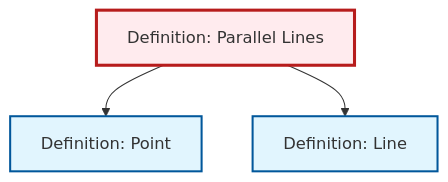
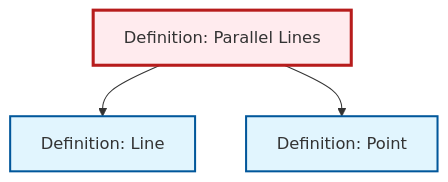
One commit to RK0429/ModernMath changed the diagram in content/en/geometry/def-parallel.qmd. Above: the diagram before and after it, drawn with Mermaid. The commit also changed other lines of this file and 491 other files, not shown here.

````diff
--- a/content/en/geometry/def-parallel.qmd
+++ b/content/en/geometry/def-parallel.qmd
@@ -87,17 +87,17 @@
 ```{mermaid}
 %%| fig-cap: "Local dependency graph"
 graph TD
     classDef definition fill:#e1f5fe,stroke:#01579b,stroke-width:2px
     classDef theorem fill:#f3e5f5,stroke:#4a148c,stroke-width:2px
     classDef axiom fill:#fff3e0,stroke:#e65100,stroke-width:2px
     classDef example fill:#e8f5e9,stroke:#1b5e20,stroke-width:2px
     classDef current fill:#ffebee,stroke:#b71c1c,stroke-width:3px
     def-point["Definition: Point"]:::definition
+    def-parallel["Definition: Parallel Lines"]:::definition
     def-line["Definition: Line"]:::definition
-    def-parallel["Definition: Parallel Lines"]:::definition
+    def-parallel --> def-line
     def-parallel --> def-point
-    def-parallel --> def-line
     class def-parallel current
     click def-point "def-point.html" "Go to Point definition"
     click def-line "def-line.html" "Go to Line definition"
 ```
````
